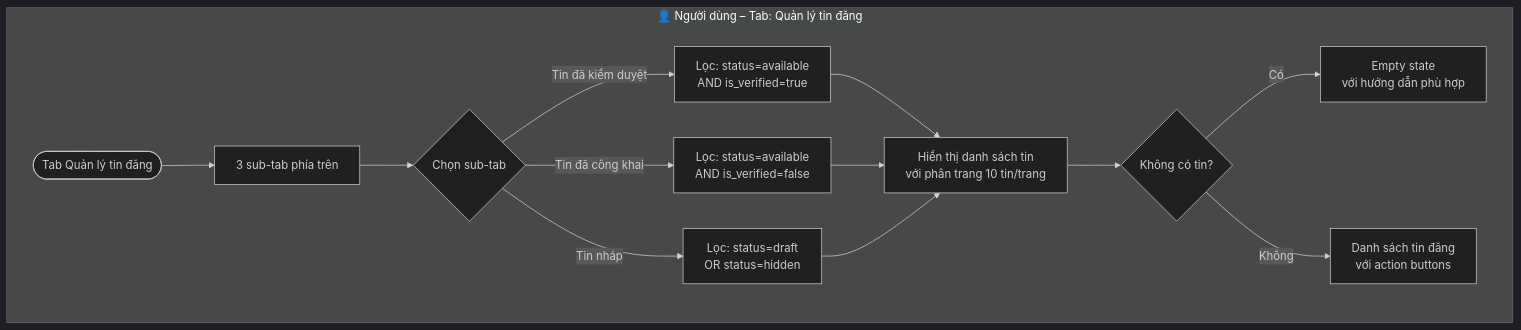
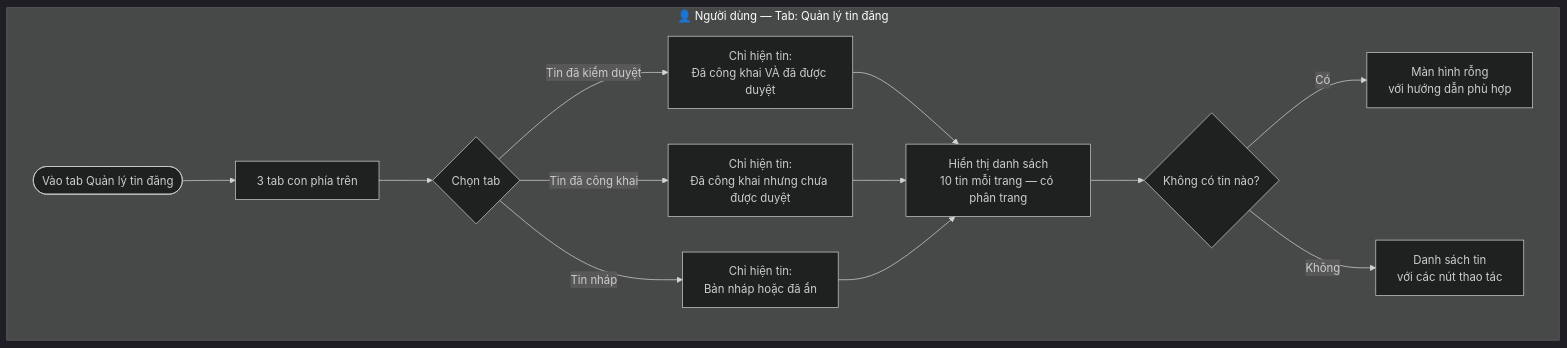
The second of 9 diagrams in prj_workflows/04_dashboard_workflow.md (natelyt12/trotot), drawn with Mermaid (dark theme) before and after one commit. The commit also changed other lines of this file and 5 other files, not shown here.

Commit message:
fix: sửa lại định dạng cho phù hợp với người low-code

````diff
--- a/prj_workflows/04_dashboard_workflow.md
+++ b/prj_workflows/04_dashboard_workflow.md
@@ -32,15 +31,15 @@
 ```mermaid
 flowchart TD
-    subgraph USER["👤 Người dùng – Tab: Quản lý tin đăng"]
-        A([Tab Quản lý tin đăng]) --> B[3 sub-tab phía trên]
-        B --> C{Chọn sub-tab}
-        C -- Tin đã kiểm duyệt --> D[Lọc: status=available\nAND is_verified=true]
-        C -- Tin đã công khai --> E[Lọc: status=available\nAND is_verified=false]
-        C -- Tin nháp --> F[Lọc: status=draft\nOR status=hidden]
+    subgraph USER["👤 Người dùng — Tab: Quản lý tin đăng"]
+        A([Vào tab Quản lý tin đăng]) --> B[3 tab con phía trên]
+        B --> C{Chọn tab}
+        C -- Tin đã kiểm duyệt --> D[Chỉ hiện tin:\nĐã công khai VÀ đã được duyệt]
+        C -- Tin đã công khai --> E[Chỉ hiện tin:\nĐã công khai nhưng chưa được duyệt]
+        C -- Tin nháp --> F[Chỉ hiện tin:\nBản nháp hoặc đã ẩn]
 
-        D & E & F --> G[Hiển thị danh sách tin\nvới phân trang 10 tin/trang]
-        G --> H{Không có tin?}
-        H -- Có --> I[Empty state\nvới hướng dẫn phù hợp]
-        H -- Không --> J[Danh sách tin đăng\nvới action buttons]
+        D & E & F --> G[Hiển thị danh sách\n10 tin mỗi trang — có phân trang]
+        G --> H{Không có tin nào?}
+        H -- Có --> I[Màn hình rỗng\nvới hướng dẫn phù hợp]
+        H -- Không --> J[Danh sách tin\nvới các nút thao tác]
     end
 ```
````
